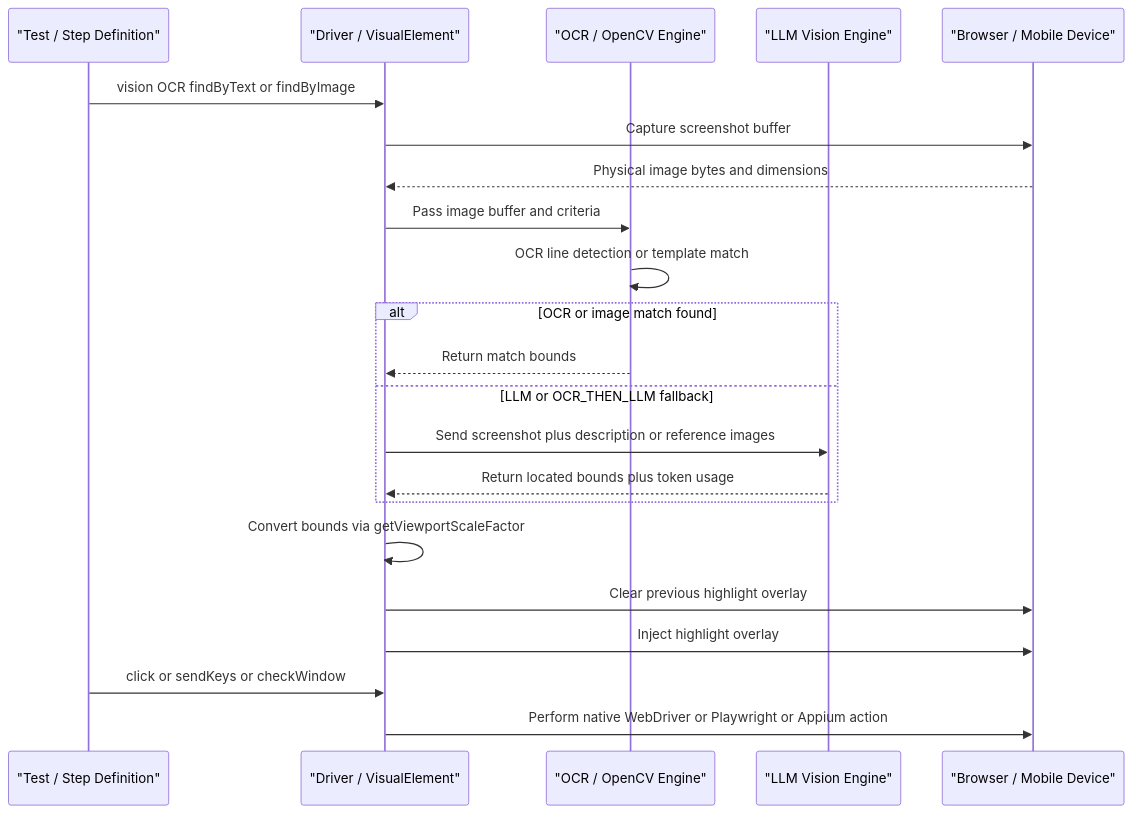
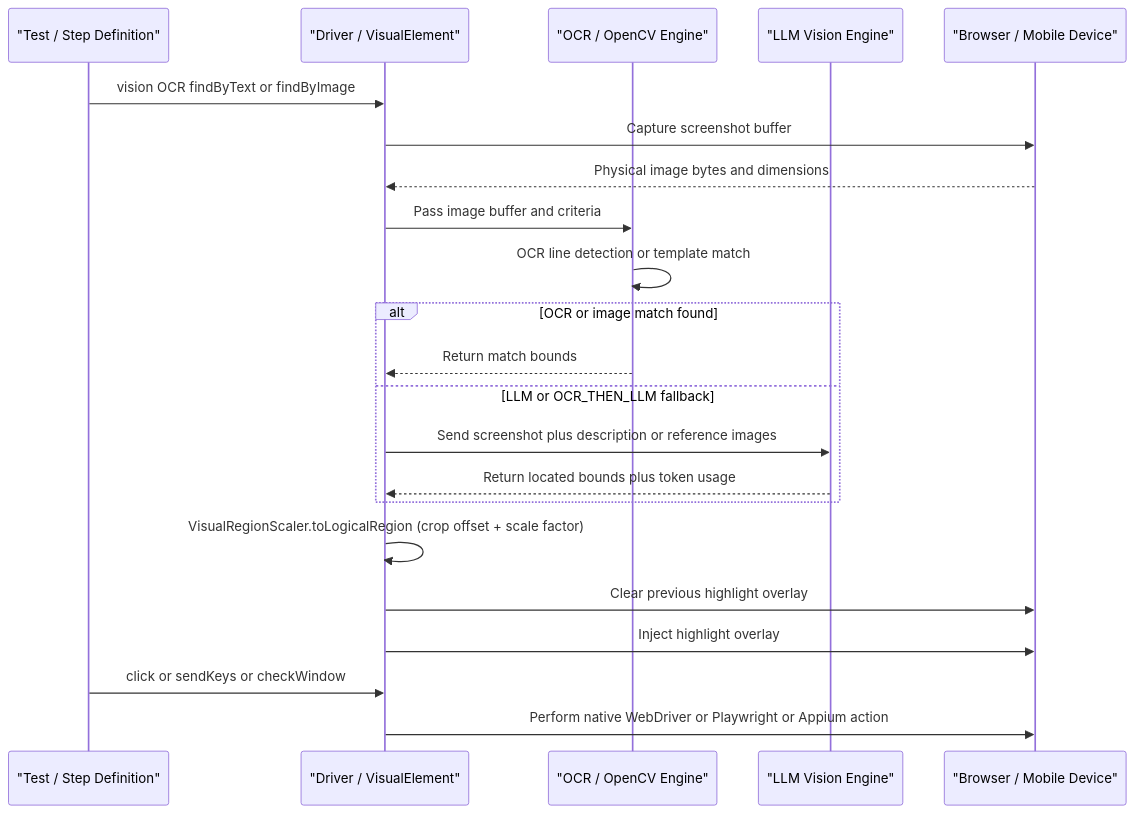
One commit to anandbagmar/teswiz changed the second of 2 diagrams in docs/subsystems/ocr-and-image-recognition.md. Above: the diagram before and after it, drawn with Mermaid. The commit also changed other lines of this file, not shown here.

First line of the commit message:
Document VisualRegionScaler coordinate conversion

````diff
--- a/docs/subsystems/ocr-and-image-recognition.md
+++ b/docs/subsystems/ocr-and-image-recognition.md
@@ -84,25 +84,25 @@
 ```mermaid
 sequenceDiagram
     participant Step as "Test / Step Definition"
     participant Driver as "Driver / VisualElement"
     participant OCR as "OCR / OpenCV Engine"
     participant LLM as "LLM Vision Engine"
     participant Screen as "Browser / Mobile Device"
 
     Step->>Driver: vision OCR findByText or findByImage
     Driver->>Screen: Capture screenshot buffer
     Screen-->>Driver: Physical image bytes and dimensions
     Driver->>OCR: Pass image buffer and criteria
     OCR->>OCR: OCR line detection or template match
     alt OCR or image match found
         OCR-->>Driver: Return match bounds
     else LLM or OCR_THEN_LLM fallback
         Driver->>LLM: Send screenshot plus description or reference images
         LLM-->>Driver: Return located bounds plus token usage
     end
-    Driver->>Driver: Convert bounds via getViewportScaleFactor
+    Driver->>Driver: VisualRegionScaler.toLogicalRegion (crop offset + scale factor)
     Driver->>Screen: Clear previous highlight overlay
     Driver->>Screen: Inject highlight overlay
     Step->>Driver: click or sendKeys or checkWindow
     Driver->>Screen: Perform native WebDriver or Playwright or Appium action
 ```
````
